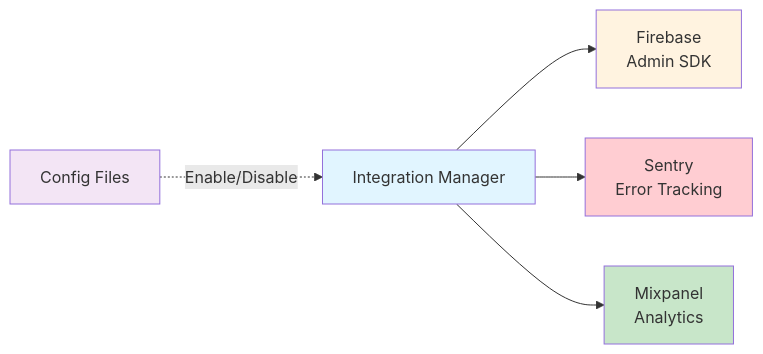
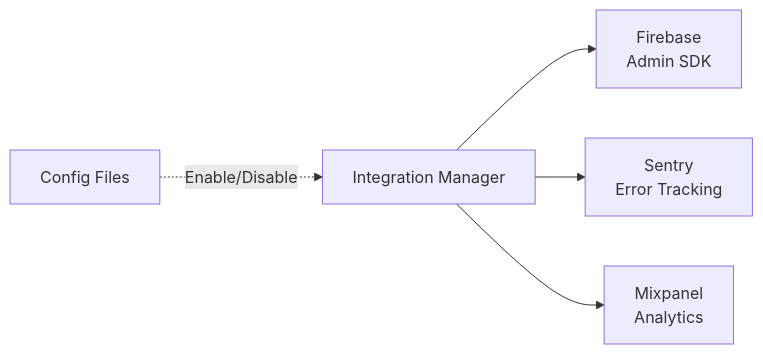
One commit to gurkanfikretgunak/masterfabric_serverpod changed the sixth of 9 diagrams in README.md. Above: the diagram before and after it, drawn with Mermaid. The commit also changed other lines of this file, not shown here.

Commit message:
refactor(README): remove style definitions from diagrams for cleaner presentation

````diff
--- a/README.md
+++ b/README.md
@@ -286,14 +261,8 @@
 ```mermaid
 graph LR
     IntMgr[Integration Manager] --> Firebase[Firebase<br/>Admin SDK]
     IntMgr --> Sentry[Sentry<br/>Error Tracking]
     IntMgr --> Mixpanel[Mixpanel<br/>Analytics]
     
     Config[Config Files] -.->|Enable/Disable| IntMgr
-    
-    style IntMgr fill:#e1f5ff
-    style Firebase fill:#fff3e0
-    style Sentry fill:#ffcdd2
-    style Mixpanel fill:#c8e6c9
-    style Config fill:#f3e5f5
 ```
````
